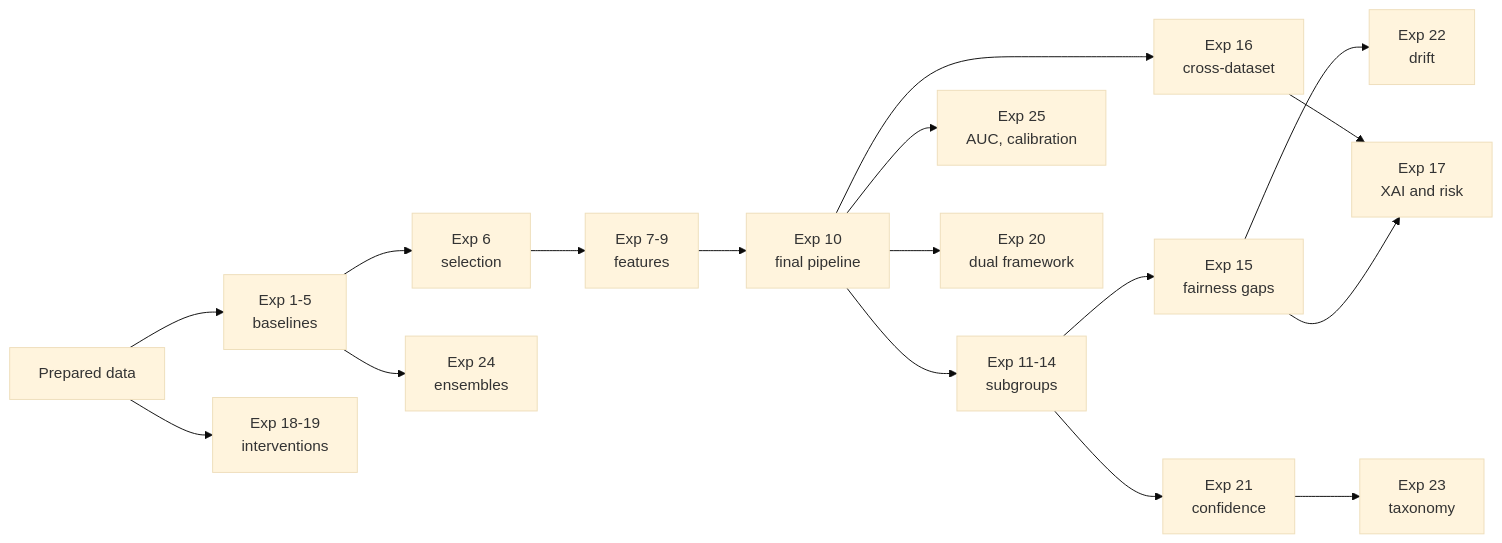
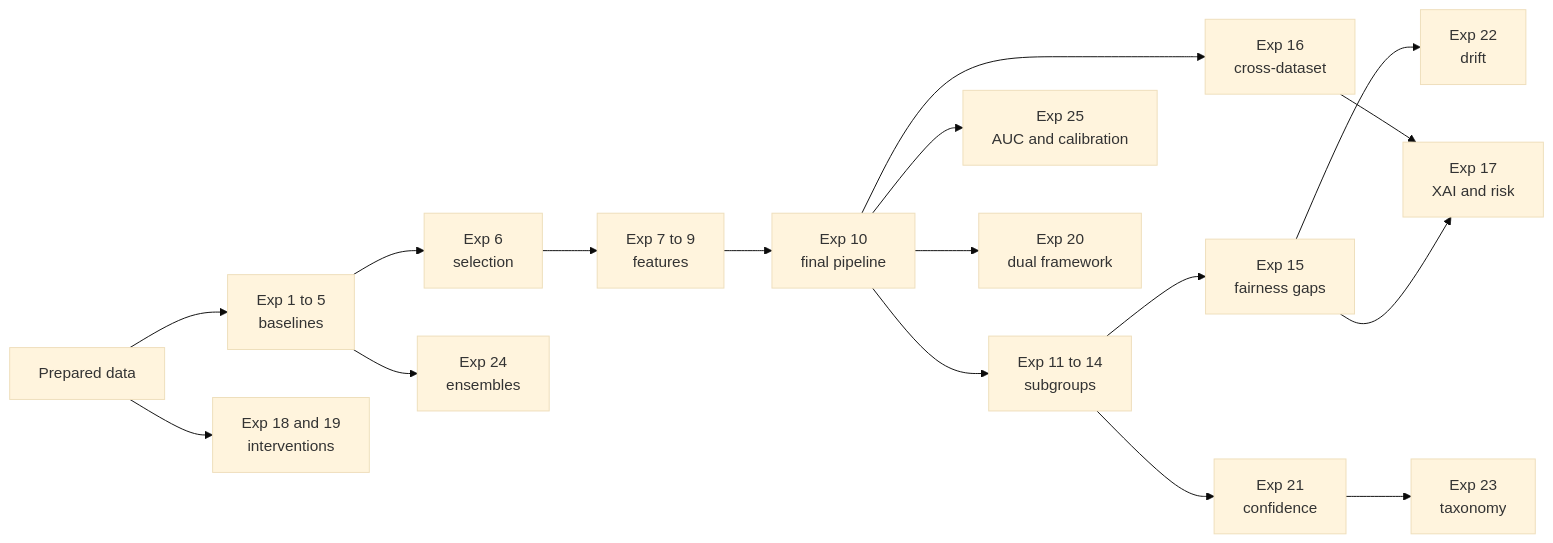
Before and after one commit to abtGIT/ethical-risk-assessment-sentiment-analysis-models-social-media-monitoring-bias-inclusivity: the second of 2 diagrams in README.md, drawn with Mermaid (base theme). The commit also changed other lines of this file, not shown here.

````diff
--- a/README.md
+++ b/README.md
@@ -98,15 +98,19 @@
 ```mermaid
 flowchart LR
-    PREP["Prepared data"] --> E1["Exp 1-5<br/>baselines"] --> E6["Exp 6<br/>selection"]
-    E6 --> E7["Exp 7-9<br/>features"] --> E10["Exp 10<br/>final pipeline"]
-    E10 --> E11["Exp 11-14<br/>subgroups"] --> E15["Exp 15<br/>fairness gaps"]
+    PREP["Prepared data"] --> E1["Exp 1 to 5<br/>baselines"]
+    E1 --> E6["Exp 6<br/>selection"]
+    E6 --> E7["Exp 7 to 9<br/>features"]
+    E7 --> E10["Exp 10<br/>final pipeline"]
+    E10 --> E11["Exp 11 to 14<br/>subgroups"]
+    E11 --> E15["Exp 15<br/>fairness gaps"]
     E10 --> E16["Exp 16<br/>cross-dataset"]
     E15 --> E17["Exp 17<br/>XAI and risk"]
     E16 --> E17
-    E11 --> E21["Exp 21<br/>confidence"] --> E23["Exp 23<br/>taxonomy"]
+    E11 --> E21["Exp 21<br/>confidence"]
+    E21 --> E23["Exp 23<br/>taxonomy"]
     E15 --> E22["Exp 22<br/>drift"]
     E1 --> E24["Exp 24<br/>ensembles"]
-    E10 --> E25["Exp 25<br/>AUC, calibration"]
-    PREP --> E18["Exp 18-19<br/>interventions"]
+    E10 --> E25["Exp 25<br/>AUC and calibration"]
+    PREP --> E18["Exp 18 and 19<br/>interventions"]
     E10 --> E20["Exp 20<br/>dual framework"]
 ```
````
